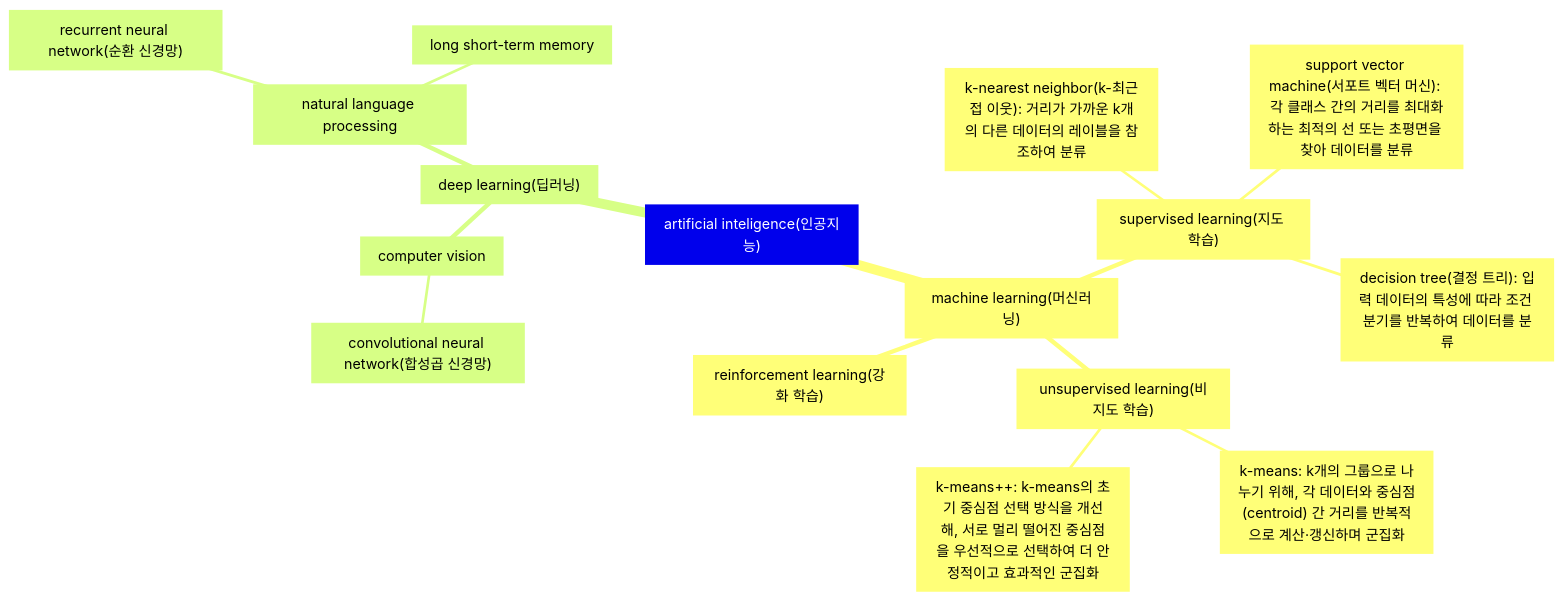
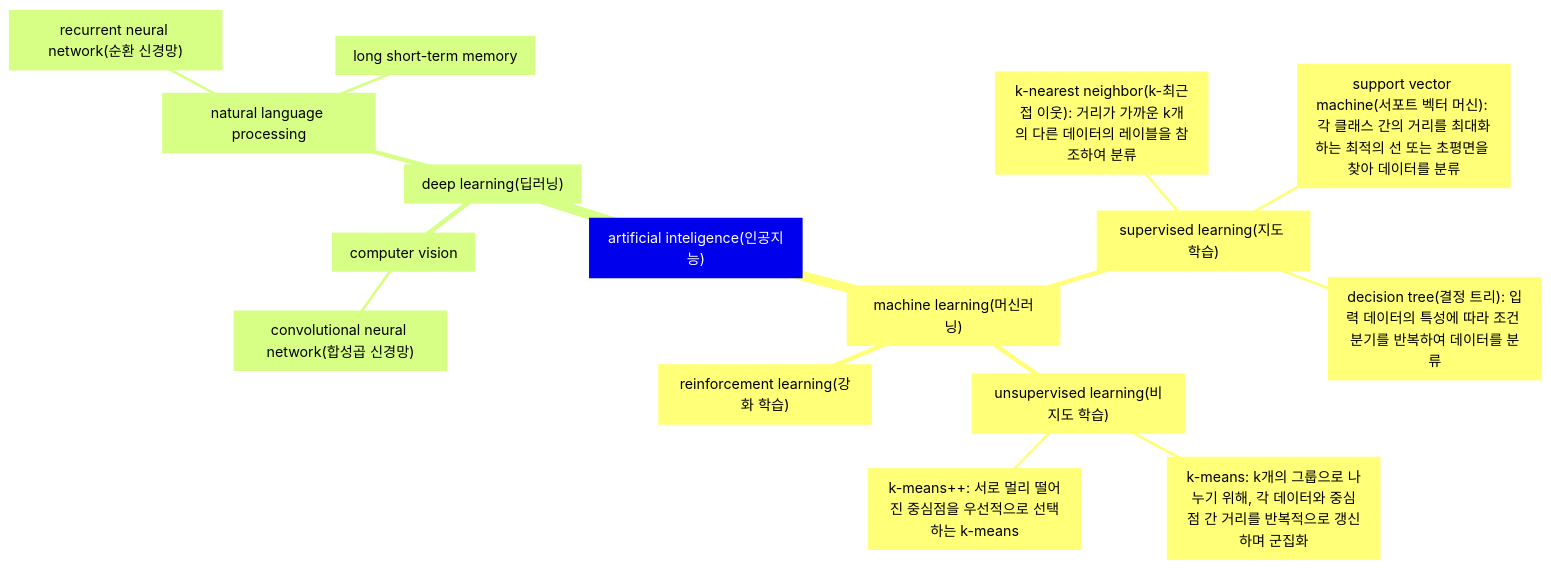
One commit to kbs-kbs/2025-1-NLP changed the first of 2 diagrams in 중간 출제 유형.md. Above: the diagram before and after it, drawn with Mermaid.

Commit message:
Update 중간 출제 유형.md

````diff
--- a/중간 출제 유형.md
+++ b/중간 출제 유형.md
@@ -2,21 +2,21 @@
 ```mermaid
 mindmap
   root["artificial inteligence(인공지능)"]
     ["machine learning(머신러닝)"]
       ["supervised learning(지도 학습)"]
         ["k-nearest neighbor(k-최근접 이웃): 거리가 가까운 k개의 다른 데이터의 레이블을 참조하여 분류"]
         ["support vector machine(서포트 벡터 머신): 각 클래스 간의 거리를 최대화하는 최적의 선 또는 초평면을 찾아 데이터를 분류"]
         ["decision tree(결정 트리): 입력 데이터의 특성에 따라 조건 분기를 반복하여 데이터를 분류"]
       ["unsupervised learning(비지도 학습)"]
-        ["k-means: k개의 그룹으로 나누기 위해, 각 데이터와 중심점(centroid) 간 거리를 반복적으로 계산·갱신하며 군집화"]
-        ["k-means++: k-means의 초기 중심점 선택 방식을 개선해, 서로 멀리 떨어진 중심점을 우선적으로 선택하여 더 안정적이고 효과적인 군집화"]
+        ["k-means: k개의 그룹으로 나누기 위해, 각 데이터와 중심점 간 거리를 반복적으로 갱신하며 군집화"]
+        ["k-means++: 서로 멀리 떨어진 중심점을 우선적으로 선택하는 k-means"]
       ["reinforcement learning(강화 학습)"]
     ["deep learning(딥러닝)"]
       ["computer vision"]
         ["convolutional neural network(합성곱 신경망)"]
       ["natural language processing"]
         ["recurrent neural network(순환 신경망)"]
         ["long short-term memory"]
 
 
 ```
````
